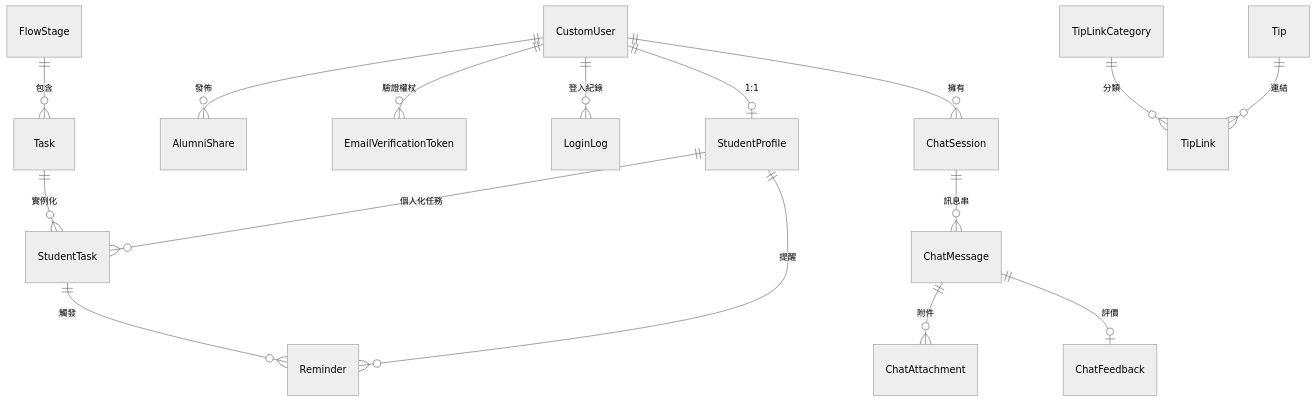
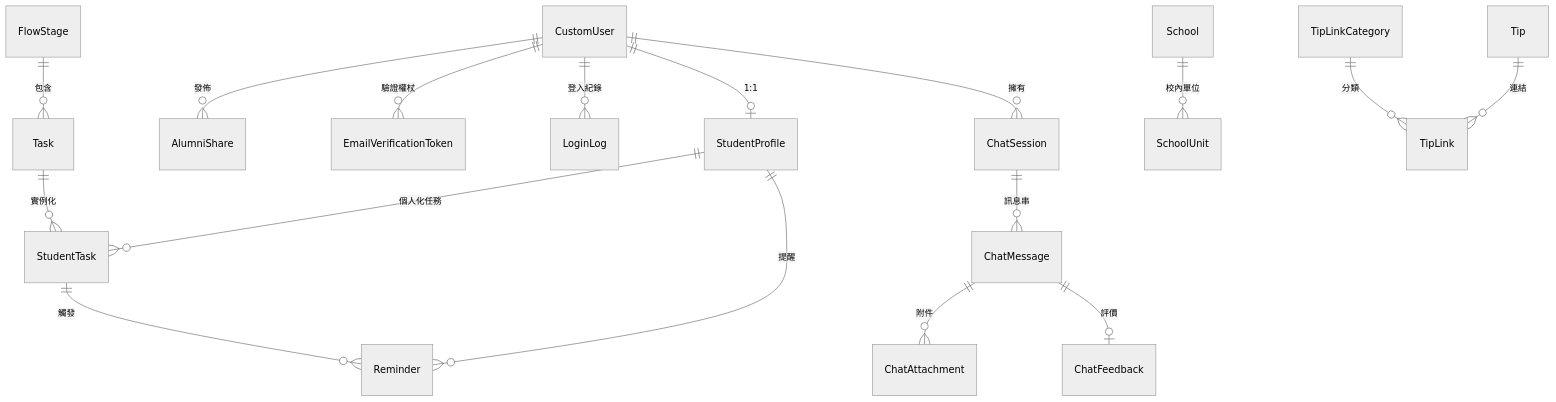
The second of 2 diagrams in 專案技術文件.md (youcp0708/studygo), drawn with Mermaid (neutral theme) before and after one commit. The commit also changed other lines of this file, not shown here.

````diff
--- a/專案技術文件.md
+++ b/專案技術文件.md
@@ -184,22 +194,24 @@
 ```mermaid
 erDiagram
     CustomUser ||--o| StudentProfile : "1:1"
     CustomUser ||--o{ AlumniShare : "發佈"
     CustomUser ||--o{ EmailVerificationToken : "驗證權杖"
     CustomUser ||--o{ LoginLog : "登入紀錄"
     CustomUser ||--o{ ChatSession : "擁有"
 
     StudentProfile ||--o{ StudentTask : "個人化任務"
     StudentProfile ||--o{ Reminder : "提醒"
 
     FlowStage ||--o{ Task : "包含"
     Task ||--o{ StudentTask : "實例化"
     StudentTask ||--o{ Reminder : "觸發"
 
     ChatSession ||--o{ ChatMessage : "訊息串"
     ChatMessage ||--o{ ChatAttachment : "附件"
     ChatMessage ||--o| ChatFeedback : "評價"
 
+    School ||--o{ SchoolUnit : "校內單位"
+
     Tip ||--o{ TipLink : "連結"
     TipLinkCategory ||--o{ TipLink : "分類"
 ```
````
